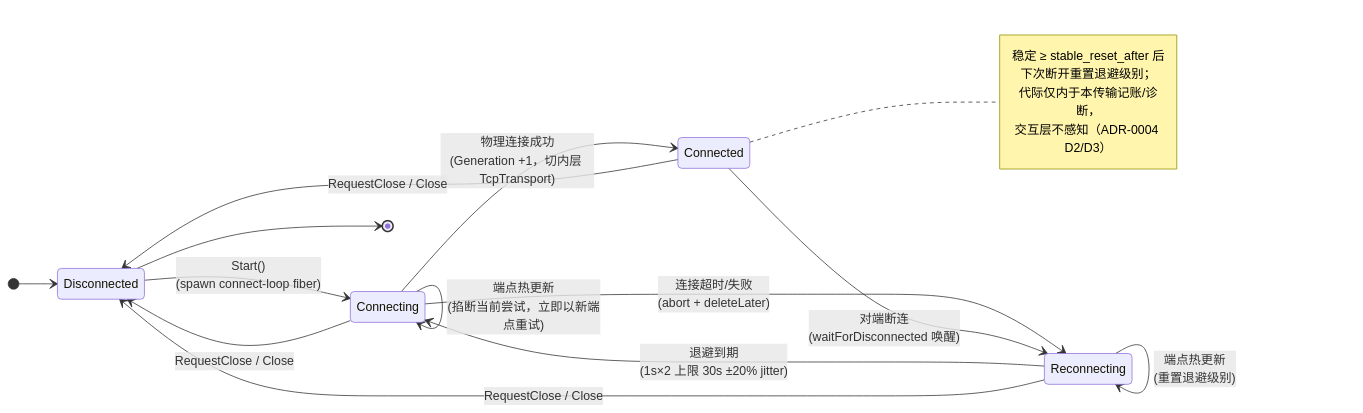
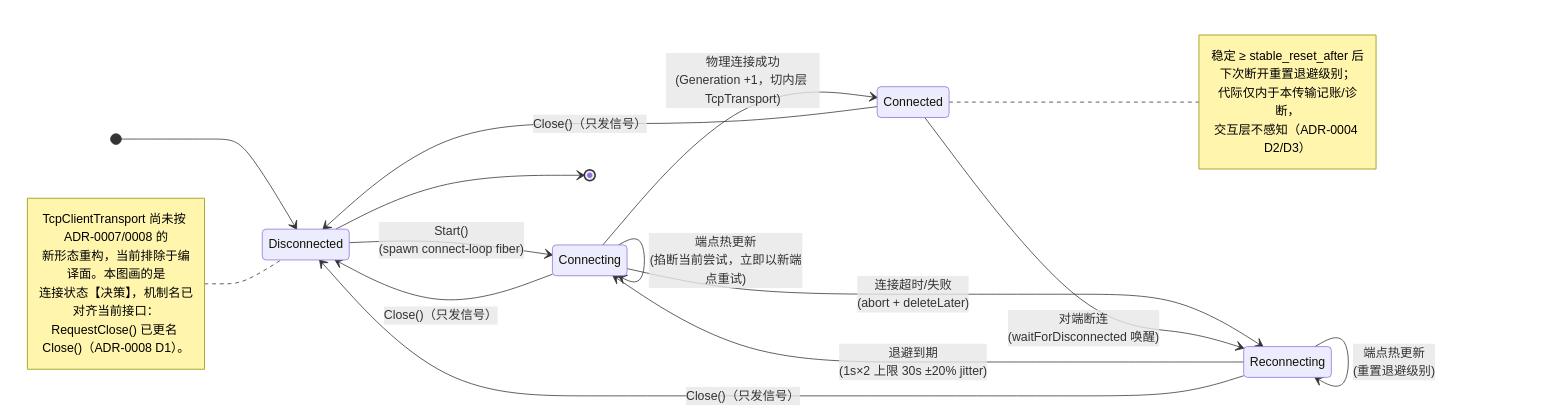
Before and after one commit to Ste7an-cs/Transport: the diagram in docs/diagrams/state-connection.mmd, drawn with Mermaid. The commit also changed 18 other files, not shown here.

First line of the commit message:
docs(sdd): 全量复核余下九张图,修正八张的过时描述并补编译面标注

```diff
--- a/docs/diagrams/state-connection.mmd
+++ b/docs/diagrams/state-connection.mmd
@@ -1,24 +1,31 @@
 stateDiagram-v2
     direction LR
     [*] --> Disconnected
 
     Disconnected --> Connecting: Start()<br/>(spawn connect-loop fiber)
     Connecting --> Connected: 物理连接成功<br/>(Generation +1，切内层 TcpTransport)
     Connecting --> Reconnecting: 连接超时/失败<br/>(abort + deleteLater)
     Connecting --> Connecting: 端点热更新<br/>(掐断当前尝试，立即以新端点重试)
 
     Connected --> Reconnecting: 对端断连<br/>(waitForDisconnected 唤醒)
     Reconnecting --> Connecting: 退避到期<br/>(1s×2 上限 30s ±20% jitter)
     Reconnecting --> Reconnecting: 端点热更新<br/>(重置退避级别)
 
-    Connected --> Disconnected: RequestClose / Close
-    Connecting --> Disconnected: RequestClose / Close
-    Reconnecting --> Disconnected: RequestClose / Close
+    Connected --> Disconnected: Close()（只发信号）
+    Connecting --> Disconnected: Close()（只发信号）
+    Reconnecting --> Disconnected: Close()（只发信号）
     Disconnected --> [*]
 
     note right of Connected
         稳定 ≥ stable_reset_after 后
         下次断开重置退避级别；
         代际仅内于本传输记账/诊断，
         交互层不感知（ADR-0004 D2/D3）
     end note
+
+    note left of Disconnected
+        TcpClientTransport 尚未按 ADR-0007/0008 的
+        新形态重构，当前排除于编译面。本图画的是
+        连接状态【决策】，机制名已对齐当前接口：
+        RequestClose() 已更名 Close()（ADR-0008 D1）。
+    end note
```
